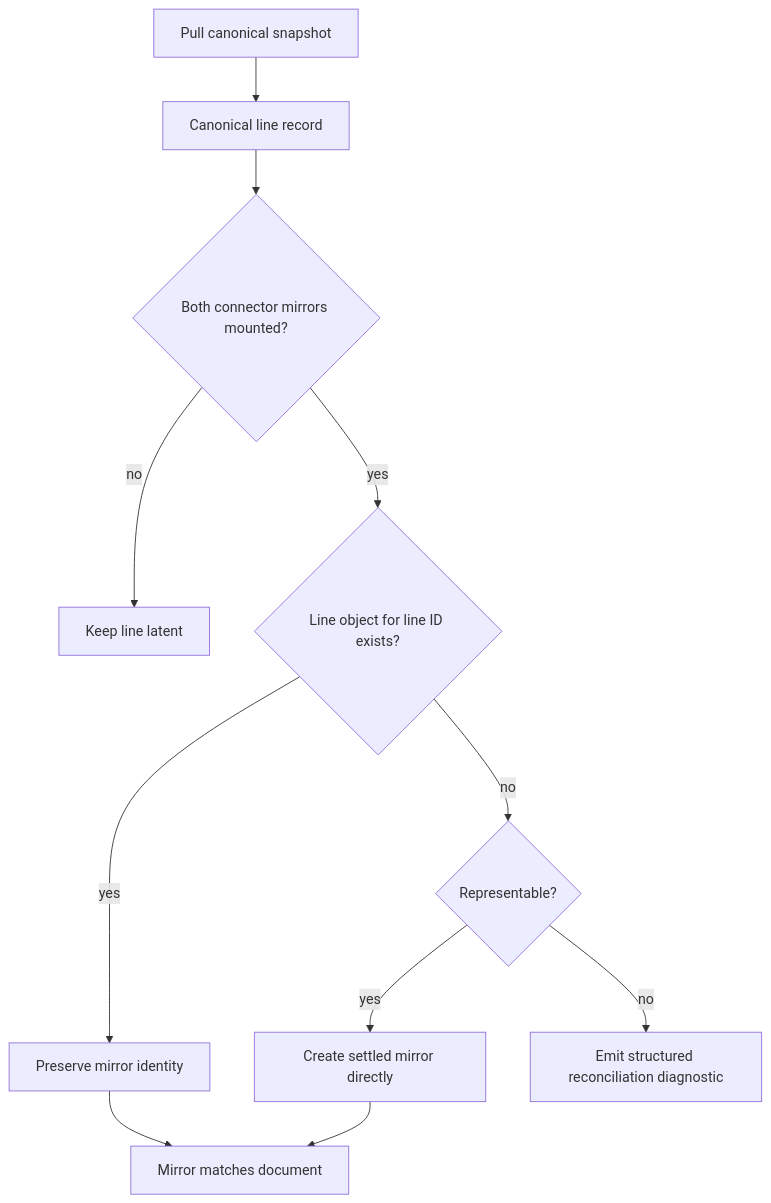
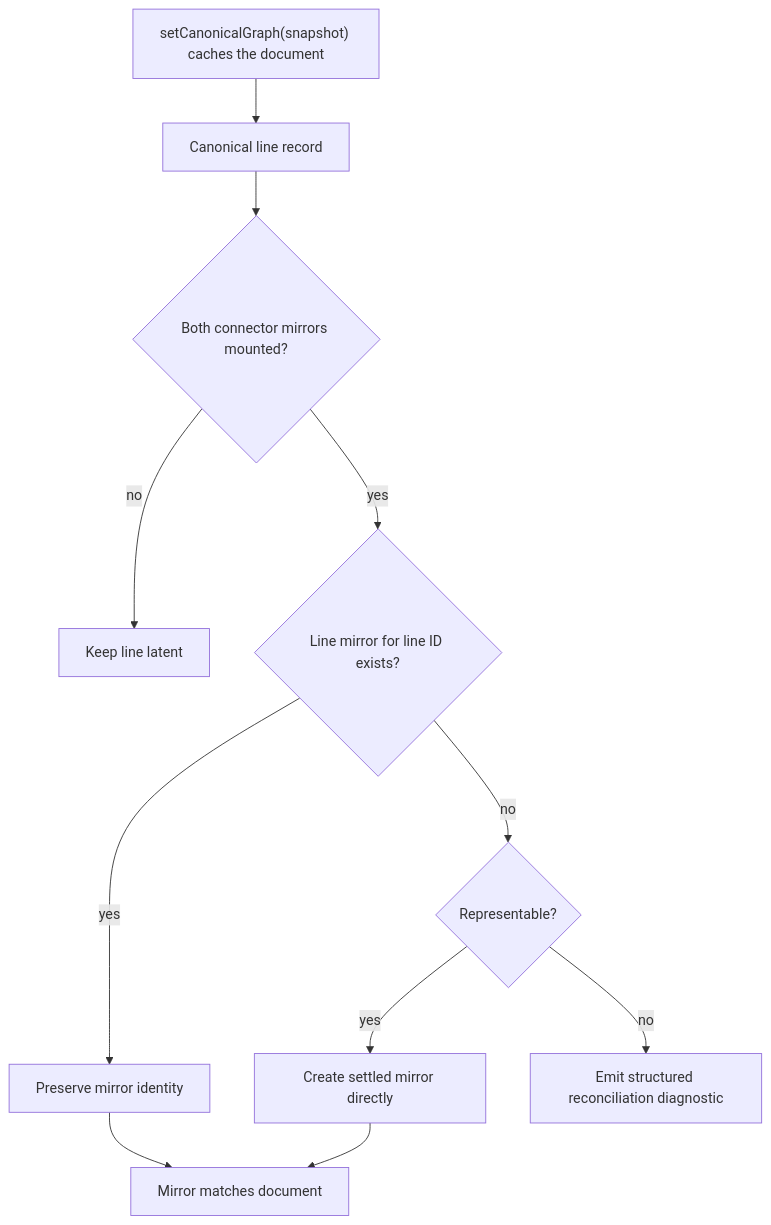
One commit to tfukaza/SnapLineJS changed the seventh of 8 diagrams in docs/snapline/design/planned-rearchitecture.md. Above: the diagram before and after it, drawn with Mermaid. The commit also changed other lines of this file, not shown here.

First line of the commit message:
docs: reconcile planned re-architecture with approved design decisions

````diff
--- a/docs/snapline/design/planned-rearchitecture.md
+++ b/docs/snapline/design/planned-rearchitecture.md
@@ -831,21 +926,21 @@
 ```mermaid
 flowchart TB
-  PULL["Pull canonical snapshot"]
+  SET["setCanonicalGraph(snapshot) caches the document"]
   LINE["Canonical line record"]
   LOOKUP{"Both connector mirrors mounted?"}
   LATENT["Keep line latent"]
-  EXISTING{"Line object for line ID exists?"}
+  EXISTING{"Line mirror for line ID exists?"}
   PRESERVE["Preserve mirror identity"]
   CREATE["Create settled mirror directly"]
   ERROR{"Representable?"}
   REPORT["Emit structured reconciliation diagnostic"]
   DONE["Mirror matches document"]
 
-  PULL --> LINE --> LOOKUP
+  SET --> LINE --> LOOKUP
   LOOKUP -->|"no"| LATENT
   LOOKUP -->|"yes"| EXISTING
   EXISTING -->|"yes"| PRESERVE --> DONE
   EXISTING -->|"no"| ERROR
   ERROR -->|"yes"| CREATE --> DONE
   ERROR -->|"no"| REPORT
 ```
````
